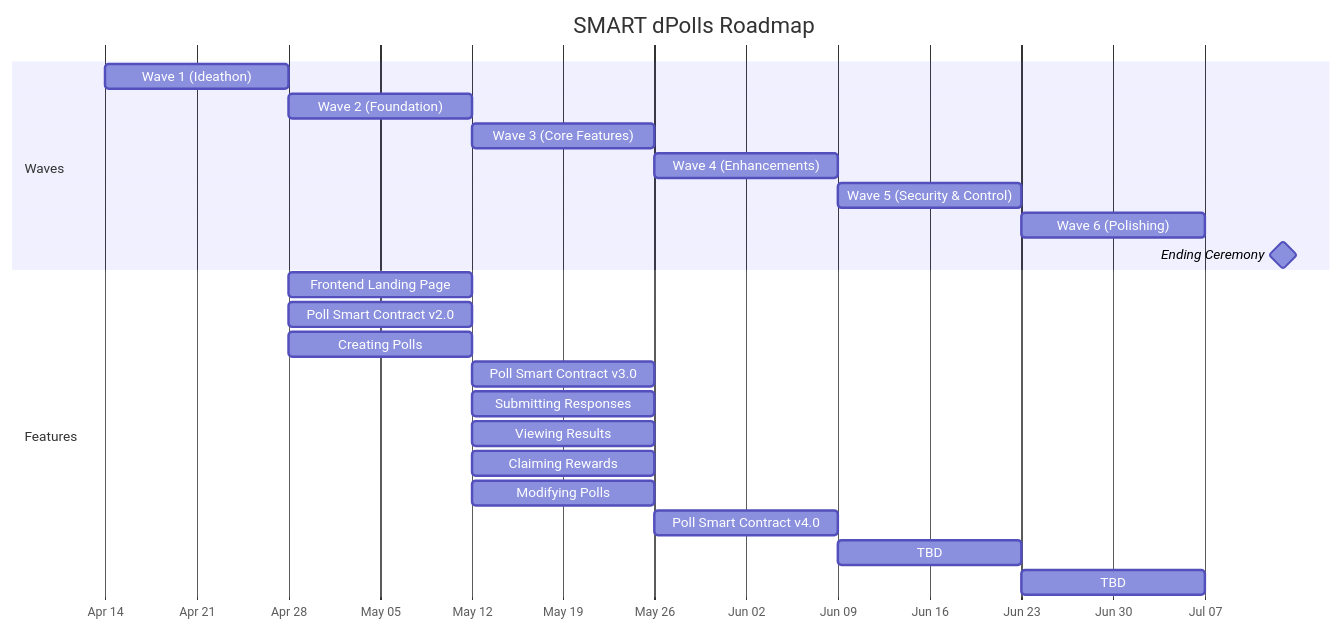
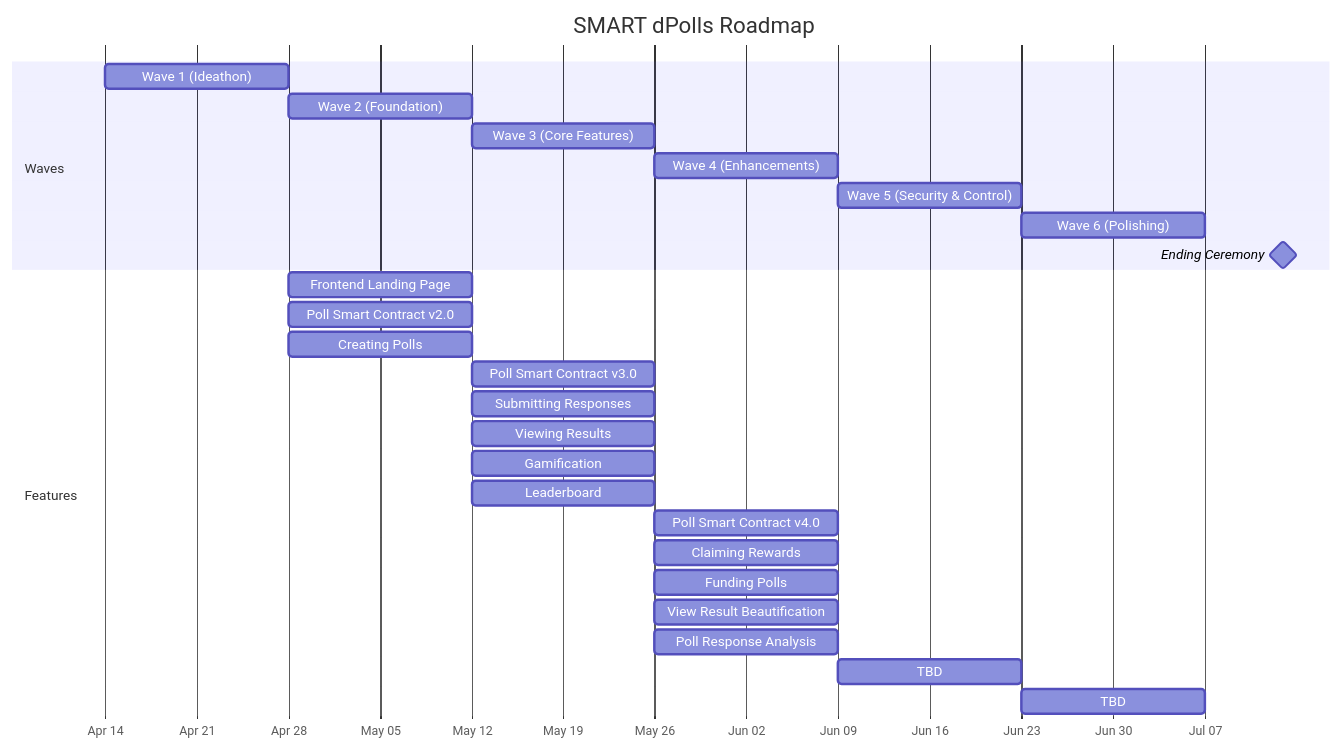
One commit to eastmaels/nero-polls-dapp changed the diagram in README.md. Above: the diagram before and after it, drawn with Mermaid. The commit also changed 9 other files, not shown here.

Commit message:
Updated roadmap; claim rewards

````diff
--- a/README.md
+++ b/README.md
@@ -19,29 +19,33 @@
 ```mermaid
 %% Roadmap Timeline (Gantt Chart)
 gantt
     title SMART dPolls Roadmap
     dateFormat  YYYY-MM-DD
     axisFormat %b %d
 
     section Waves
     Wave 1 (Ideathon)          :a1, 2024-04-14, 14d
     Wave 2 (Foundation)        :a2, after a1, 14d
     Wave 3 (Core Features)     :a3, after a2, 14d
     Wave 4 (Enhancements)      :a4, after a3, 14d
     Wave 5 (Security & Control):a5, after a4, 14d
     Wave 6 (Polishing)         :a6, after a5, 14d
     Ending Ceremony            :milestone, 2024-07-13, 0d
 
     section Features
     Frontend Landing Page     :b1, 2024-04-28, 14d
     Poll Smart Contract v2.0  :b2, 2024-04-28, 14d
     Creating Polls            :b3, 2024-04-28, 14d
     Poll Smart Contract v3.0  :b4, 2024-05-12, 14d
     Submitting Responses      :b5, 2024-05-12, 14d
-    Viewing Results           :b6, 2024-05-12, 14d
-    Claiming Rewards          :b7, 2024-05-12, 14d
-    Modifying Polls           :b8, 2024-05-12, 14d
-    Poll Smart Contract v4.0  :b9, 2024-05-26, 14d
-    TBD                       :b10, 2024-06-09, 14d
-    TBD                       :b11, 2024-06-23, 14d
+    Viewing Results           :b7, 2024-05-12, 14d
+    Gamification              :b8, 2024-05-12, 14d
+    Leaderboard               :b9, 2024-05-12, 14d
+    Poll Smart Contract v4.0  :b10, 2024-05-26, 14d
+    Claiming Rewards          :b11, 2024-05-26, 14d
+    Funding Polls             :b12, 2024-05-26, 14d
+    View Result Beautification :b13, 2024-05-26, 14d
+    Poll Response Analysis    :b14, 2024-05-26, 14d
+    TBD                       :b15, 2024-06-09, 14d
+    TBD                       :b16, 2024-06-23, 14d
 ```
````
